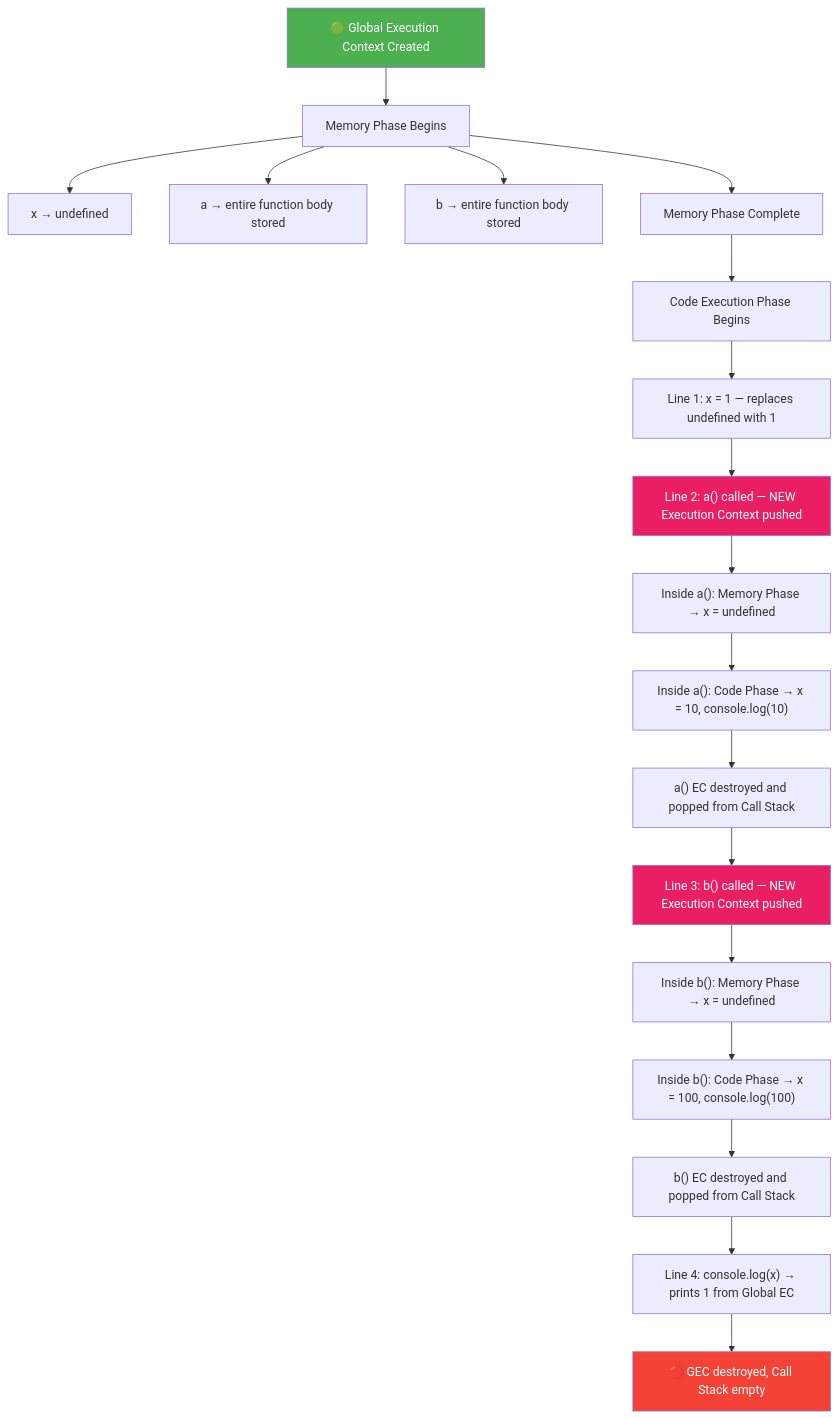
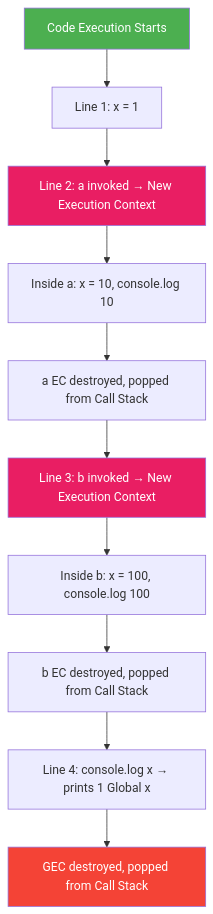
The second of 30 diagrams in Javascript/Chapter5_Functions.md (Kshitijgul/Notes), drawn with Mermaid before and after one commit. The commit also changed other lines of this file and 1 other file, not shown here.

````diff
--- a/Javascript/Chapter5_Functions.md
+++ b/Javascript/Chapter5_Functions.md
@@ -107,26 +102,17 @@
 ```mermaid
 flowchart TD
-    A["🟢 Global Execution Context Created"] --> B["Memory Phase Begins"]
-    B --> C["x → undefined"]
-    B --> D["a → entire function body stored"]
-    B --> E["b → entire function body stored"]
-    B --> F["Memory Phase Complete"]
-    
-    F --> G["Code Execution Phase Begins"]
-    G --> H["Line 1: x = 1 — replaces undefined with 1"]
-    H --> I["Line 2: a() called — NEW Execution Context pushed"]
-    I --> J["Inside a(): Memory Phase → x = undefined"]
-    J --> K["Inside a(): Code Phase → x = 10, console.log(10)"]
-    K --> L["a() EC destroyed and popped from Call Stack"]
-    L --> M["Line 3: b() called — NEW Execution Context pushed"]
-    M --> N["Inside b(): Memory Phase → x = undefined"]
-    N --> O["Inside b(): Code Phase → x = 100, console.log(100)"]
-    O --> P["b() EC destroyed and popped from Call Stack"]
-    P --> Q["Line 4: console.log(x) → prints 1 from Global EC"]
-    Q --> R["🔴 GEC destroyed, Call Stack empty"]
-    
+    A["Code Execution Starts"] --> B["Line 1: x = 1"]
+    B --> C["Line 2: a invoked → New Execution Context"]
+    C --> D["Inside a: x = 10, console.log 10"]
+    D --> E["a EC destroyed, popped from Call Stack"]
+    E --> F["Line 3: b invoked → New Execution Context"]
+    F --> G["Inside b: x = 100, console.log 100"]
+    G --> H["b EC destroyed, popped from Call Stack"]
+    H --> I["Line 4: console.log x → prints 1 Global x"]
+    I --> J["GEC destroyed, popped from Call Stack"]
+
     style A fill:#4CAF50,color:white
-    style I fill:#E91E63,color:white
-    style M fill:#E91E63,color:white
-    style R fill:#f44336,color:white
+    style C fill:#E91E63,color:white
+    style F fill:#E91E63,color:white
+    style J fill:#f44336,color:white
 ```
````
